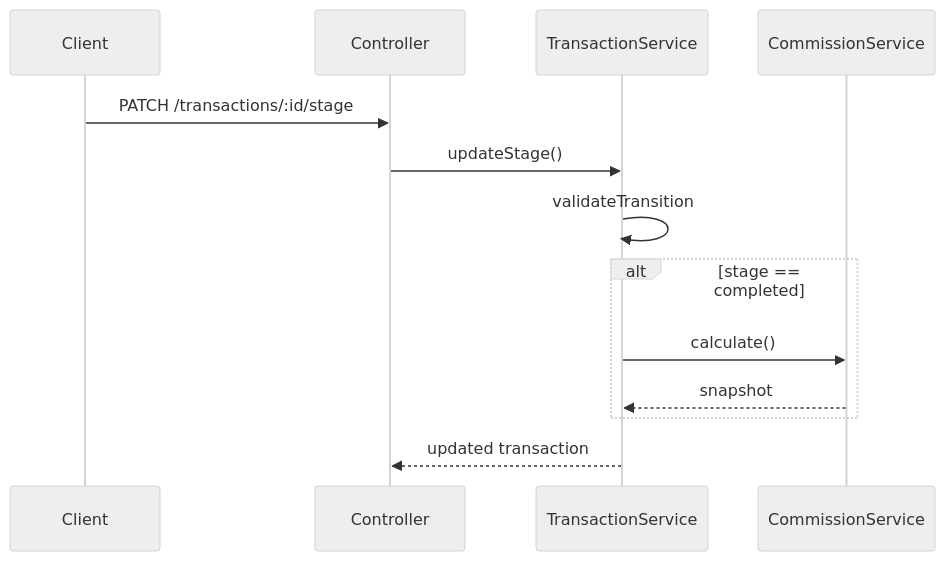
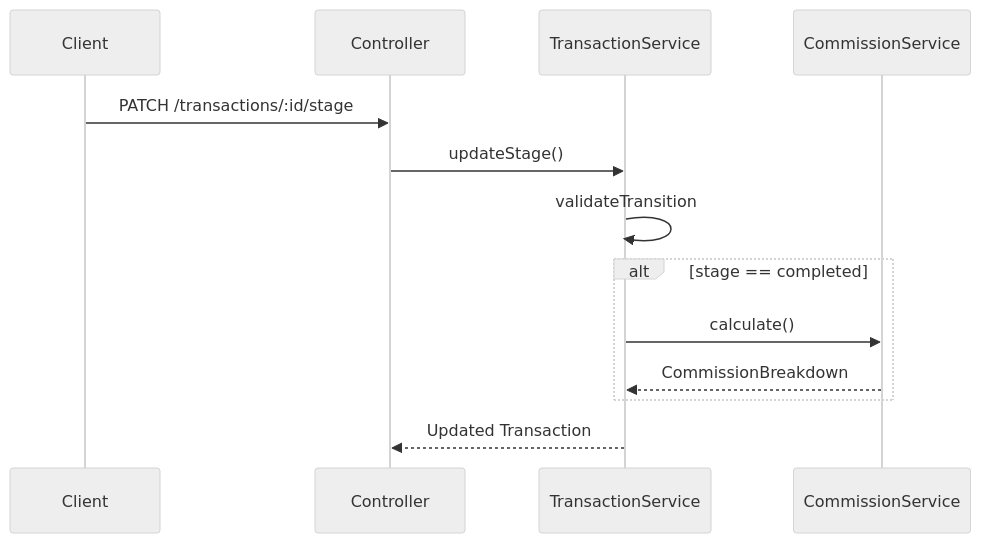
Before and after one commit to Emrehrz/iceberg-case-app: the second of 2 diagrams in DESIGN.md, drawn with Mermaid (neutral theme). The commit also changed other lines of this file, not shown here.

Commit message:
design md polish & fix

````diff
--- a/DESIGN.md
+++ b/DESIGN.md
@@ -220,18 +286,19 @@
 ```mermaid
 sequenceDiagram
-  participant Client
-  participant Controller
-  participant TransactionService
-  participant CommissionService
+    participant Client
+    participant Controller
+    participant TransactionService
+    participant CommissionService
 
-  Client->>Controller: PATCH /transactions/:id/stage
-  Controller->>TransactionService: updateStage()
-  TransactionService->>TransactionService: validateTransition
+    Client->>Controller: PATCH /transactions/:id/stage
+    Controller->>TransactionService: updateStage()
 
-  alt stage == completed
-    TransactionService->>CommissionService: calculate()
-    CommissionService-->>TransactionService: snapshot
-  end
+    TransactionService->>TransactionService: validateTransition
 
-  TransactionService-->>Controller: updated transaction
+    alt stage == completed
+        TransactionService->>CommissionService: calculate()
+        CommissionService-->>TransactionService: CommissionBreakdown
+    end
+
+    TransactionService-->>Controller: Updated Transaction
 ```
````
